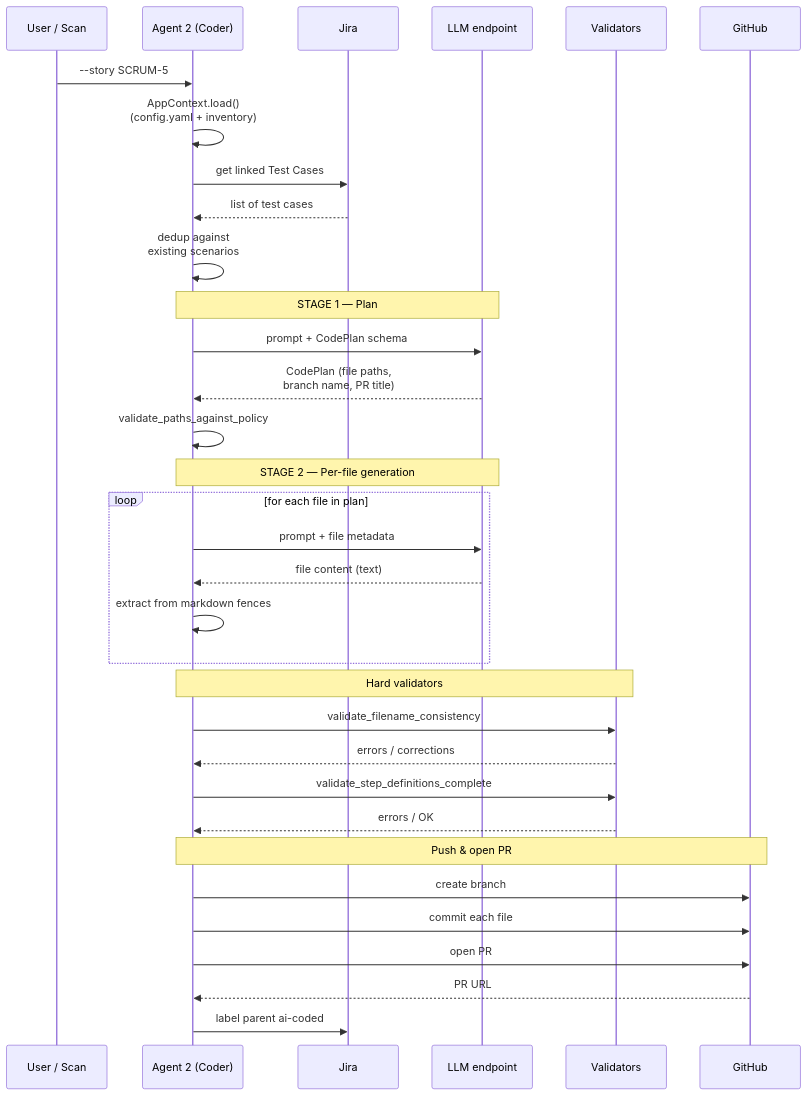
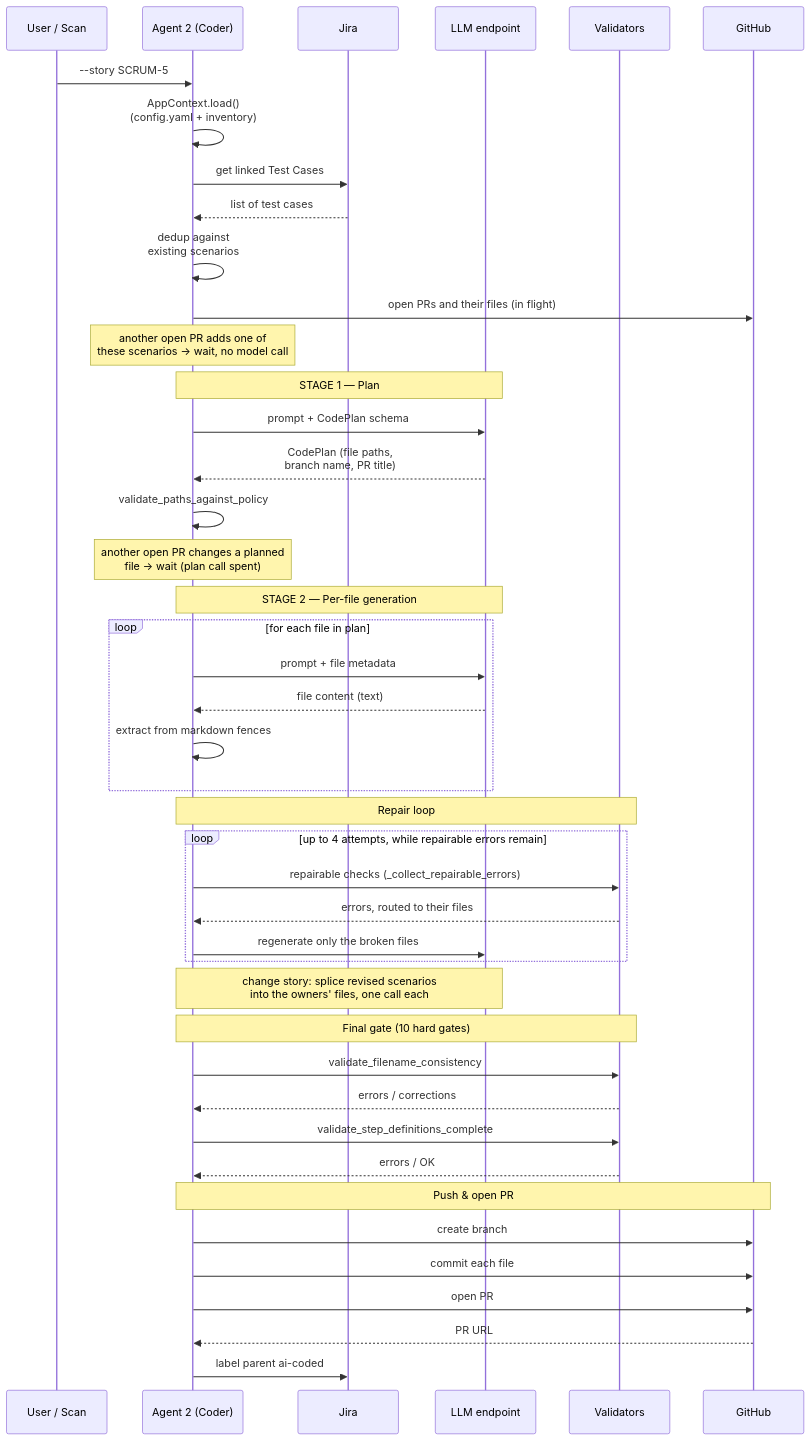
The fourth of 5 diagrams in docs/GUIDE.md (rajiniottesting-coder/multi-agent-test-automation), drawn with Mermaid before and after one commit. The commit also changed other lines of this file and 6 other files, not shown here.

````diff
--- a/docs/GUIDE.md
+++ b/docs/GUIDE.md
@@ -1782,40 +1805,51 @@
 ```mermaid
 sequenceDiagram
     participant U as User / Scan
     participant A2 as Agent 2 (Coder)
     participant J as Jira
     participant L as LLM endpoint
     participant V as Validators
     participant G as GitHub
 
     U->>A2: --story SCRUM-5
     A2->>A2: AppContext.load()<br/>(config.yaml + inventory)
     A2->>J: get linked Test Cases
     J-->>A2: list of test cases
     A2->>A2: dedup against<br/>existing scenarios
+    A2->>G: open PRs and their files (in flight)
+    Note over A2: another open PR adds one of<br/>these scenarios → wait, no model call
 
     Note over A2,L: STAGE 1 — Plan
     A2->>L: prompt + CodePlan schema
     L-->>A2: CodePlan (file paths,<br/>branch name, PR title)
     A2->>A2: validate_paths_against_policy
+    Note over A2: another open PR changes a planned<br/>file → wait (plan call spent)
 
     Note over A2,L: STAGE 2 — Per-file generation
     loop for each file in plan
         A2->>L: prompt + file metadata
         L-->>A2: file content (text)
         A2->>A2: extract from markdown fences
     end
 
-    Note over A2,V: Hard validators
+    Note over A2,V: Repair loop
+    loop up to 4 attempts, while repairable errors remain
+        A2->>V: repairable checks (_collect_repairable_errors)
+        V-->>A2: errors, routed to their files
+        A2->>L: regenerate only the broken files
+    end
+    Note over A2,L: change story: splice revised scenarios<br/>into the owners' files, one call each
+
+    Note over A2,V: Final gate (10 hard gates)
     A2->>V: validate_filename_consistency
     V-->>A2: errors / corrections
     A2->>V: validate_step_definitions_complete
     V-->>A2: errors / OK
 
     Note over A2,G: Push & open PR
     A2->>G: create branch
     A2->>G: commit each file
     A2->>G: open PR
     G-->>A2: PR URL
     A2->>J: label parent ai-coded
 ```
````
